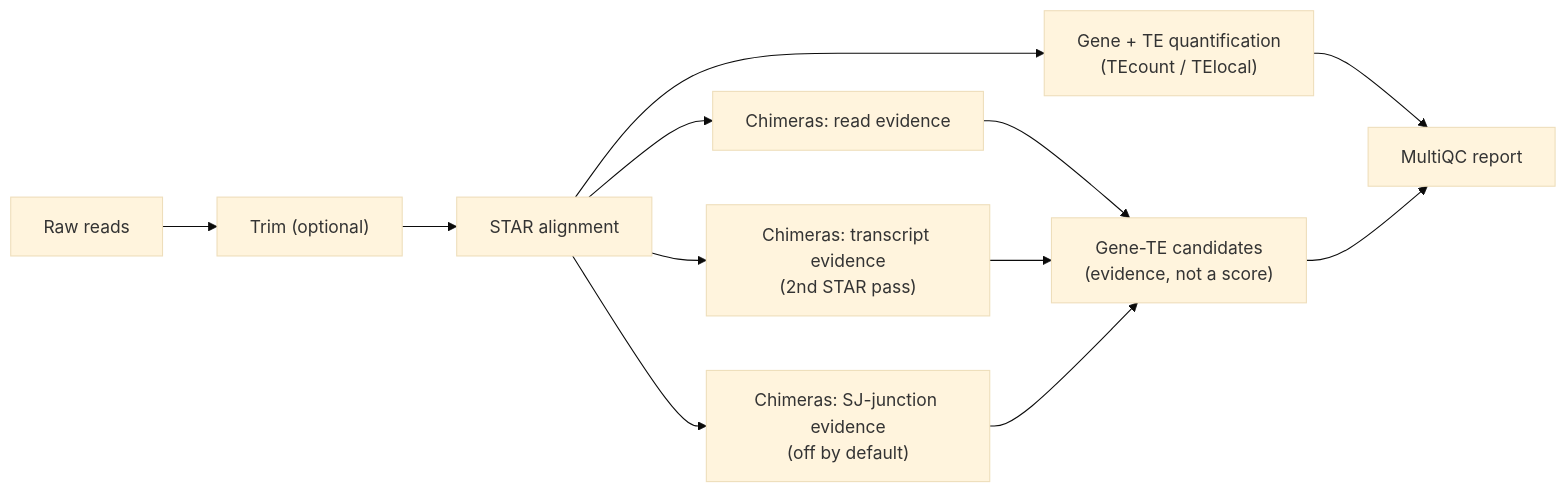
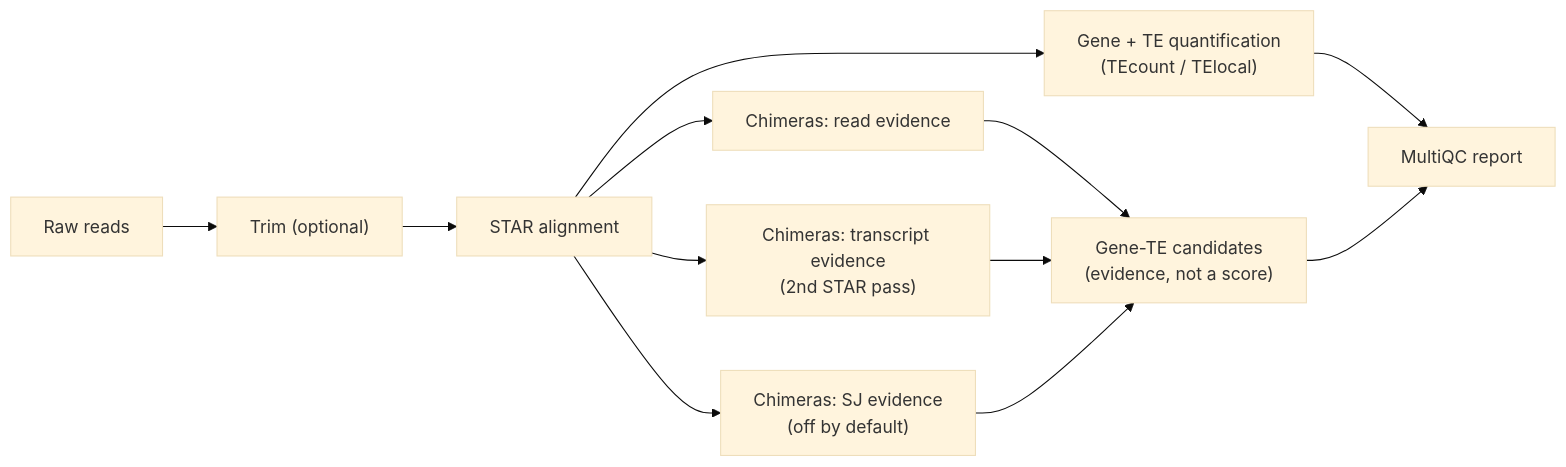
The diagram in README.md (altintasali/TEtranscripts-pipe), drawn with Mermaid (base theme) before and after one commit. The commit also changed other lines of this file and 71 other files, not shown here.

````diff
--- a/README.md
+++ b/README.md
@@ -12,14 +12,14 @@
 ```mermaid
 flowchart LR
     reads["Raw reads"] --> trim["Trim (optional)"]
     trim --> align["STAR alignment"]
     align --> quant["Gene + TE quantification<br/>(TEcount / TElocal)"]
     align --> rdev["Chimeras: read evidence"]
     align --> asm["Chimeras: transcript evidence<br/>(2nd STAR pass)"]
-    align --> sjdev["Chimeras: SJ-junction evidence<br/>(off by default)"]
+    align --> sjdev["Chimeras: SJ evidence<br/>(off by default)"]
     rdev --> cand["Gene-TE candidates<br/>(evidence, not a score)"]
     asm --> cand
     sjdev --> cand
     quant --> report["MultiQC report"]
     cand --> report
 ```
````
